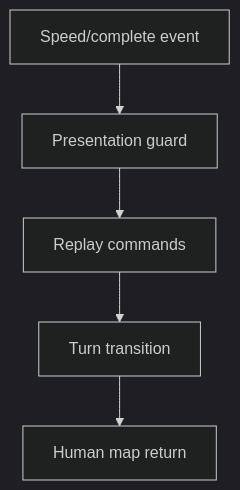
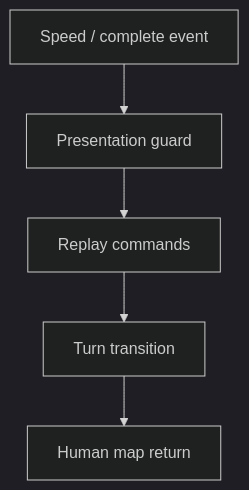
The third of 5 diagrams in docs/architecture/wiki/screens/61-ai-turn-indicator/architecture.md (SunaNoOshiro/Heroes_Reforged_AI_Realms), drawn with Mermaid (dark theme) before and after one commit. The commit also changed other lines of this file and 518 other files, not shown here.

First line of the commit message:
Add doc-audit skill and sweep architecture/screen docs

````diff
--- a/docs/architecture/wiki/screens/61-ai-turn-indicator/architecture.md
+++ b/docs/architecture/wiki/screens/61-ai-turn-indicator/architecture.md
@@ -42,8 +52,7 @@
 ```mermaid
 flowchart TD
-  I0["Speed/complete event"] --> I1
-  I1["Presentation guard"] --> I2
-  I2["Replay commands"] --> I3
-  I3["Turn transition"] --> I4
-  I4["Human map return"]
+  I0["Speed / complete event"] --> I1["Presentation guard"]
+  I1 --> I2["Replay commands"]
+  I2 --> I3["Turn transition"]
+  I3 --> I4["Human map return"]
 ```
````
